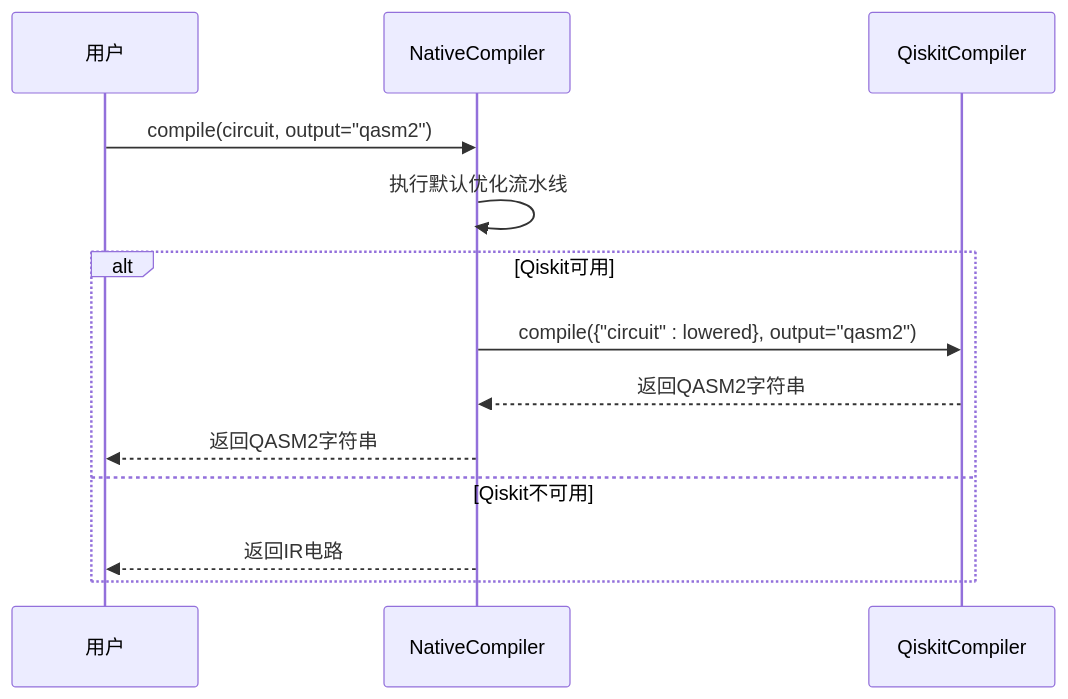
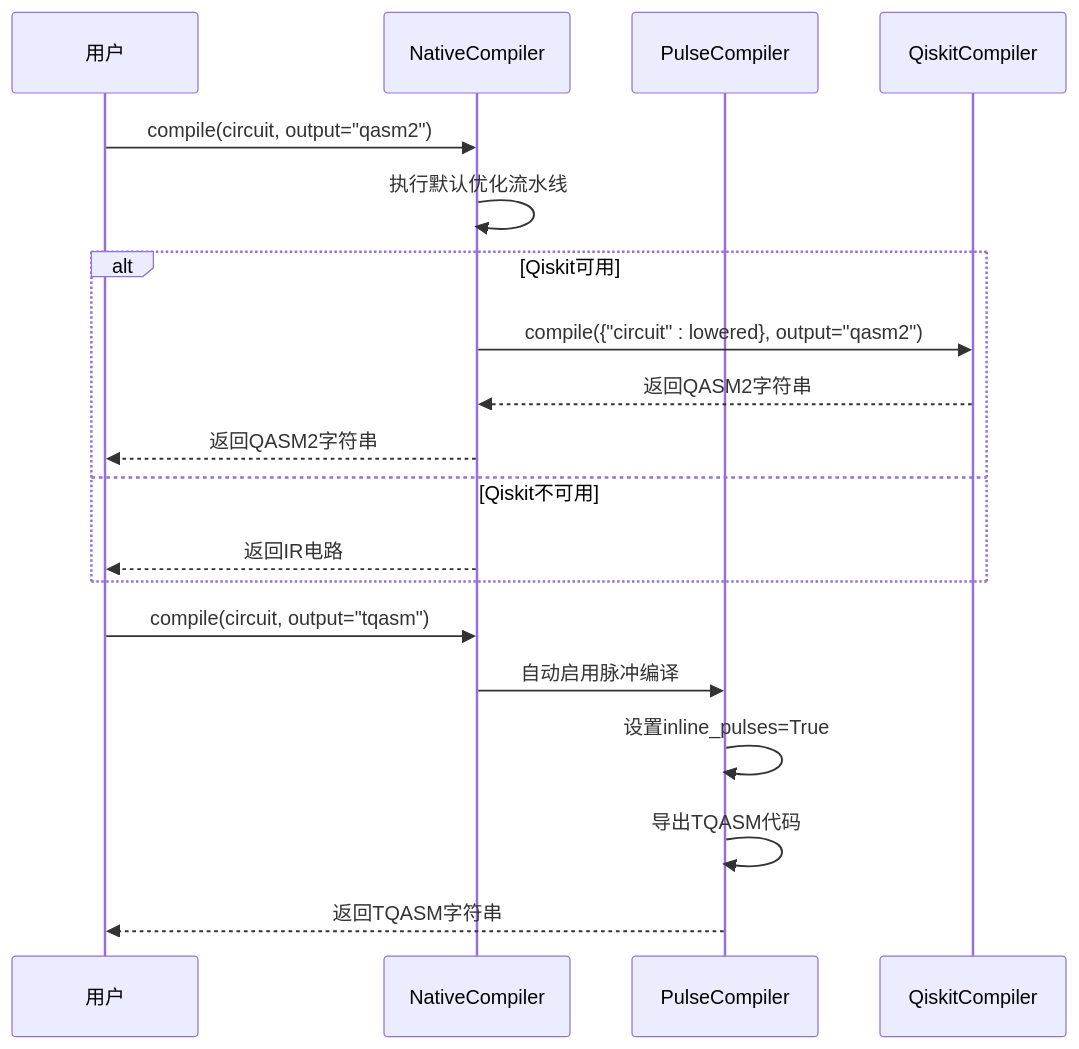
One commit to QureGenAI-Biotech/TyxonQ changed the third of 5 diagrams in .qoder/repowiki/zh/content/编译引擎/原生编译器.md. Above: the diagram before and after it, drawn with Mermaid. The commit also changed other lines of this file and 9 other files, not shown here.

````diff
--- a/.qoder/repowiki/zh/content/编译引擎/原生编译器.md
+++ b/.qoder/repowiki/zh/content/编译引擎/原生编译器.md
@@ -101,15 +113,21 @@
 ```mermaid
 sequenceDiagram
 participant User as 用户
 participant Native as NativeCompiler
+participant Pulse as PulseCompiler
 participant Qiskit as QiskitCompiler
 User->>Native : compile(circuit, output="qasm2")
 Native->>Native : 执行默认优化流水线
 alt Qiskit可用
 Native->>Qiskit : compile({"circuit" : lowered}, output="qasm2")
 Qiskit-->>Native : 返回QASM2字符串
 Native-->>User : 返回QASM2字符串
 else Qiskit不可用
 Native-->>User : 返回IR电路
 end
+User->>Native : compile(circuit, output="tqasm")
+Native->>Pulse : 自动启用脉冲编译
+Pulse->>Pulse : 设置inline_pulses=True
+Pulse->>Pulse : 导出TQASM代码
+Pulse-->>User : 返回TQASM字符串
 ```
````
